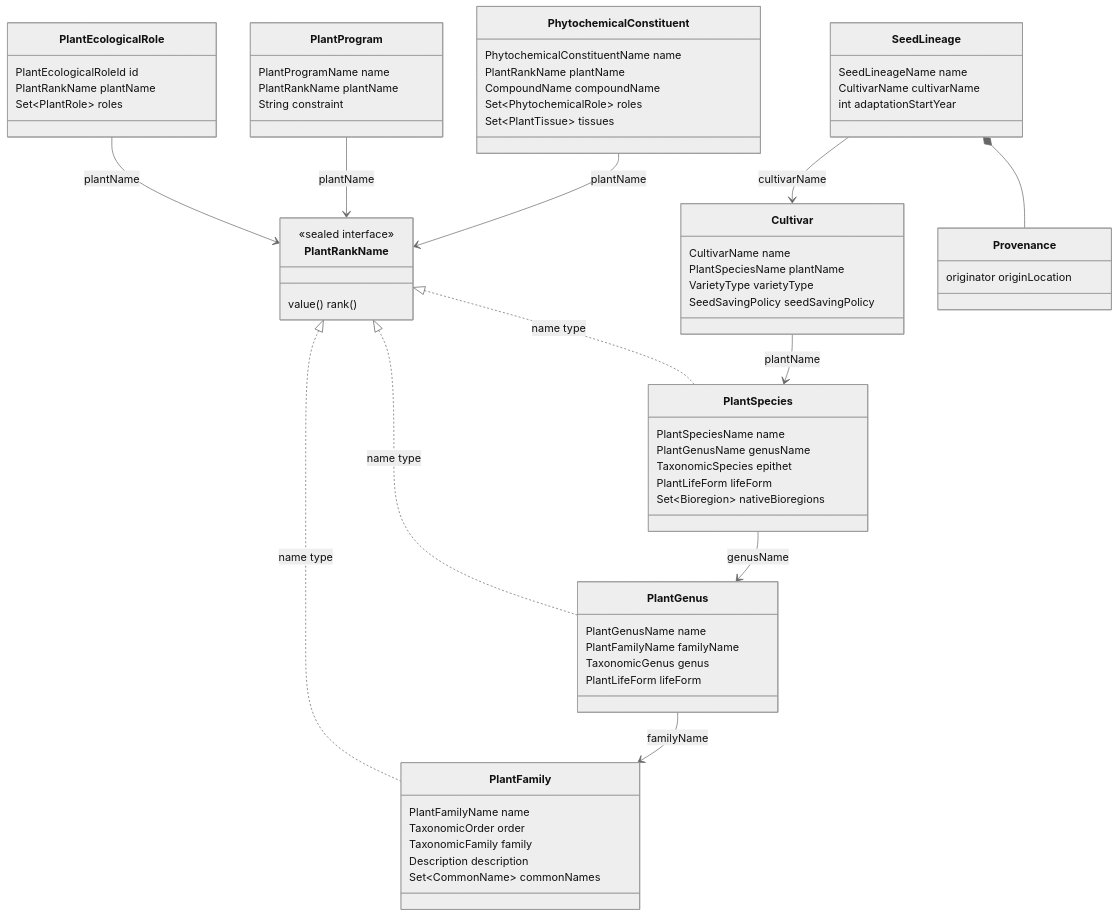
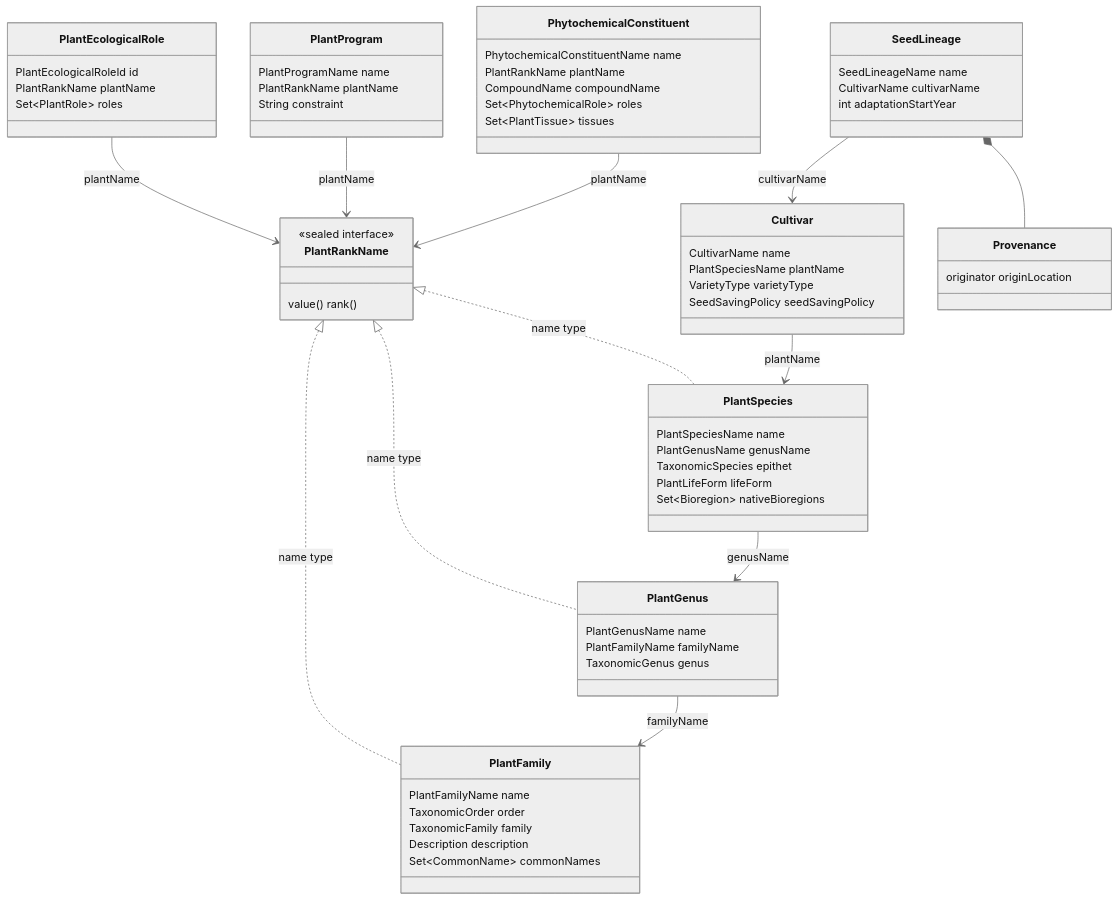
Before and after one commit to pway99/naturalist: the third of 4 diagrams in domains/plants/docs/plants-ubl.md, drawn with Mermaid (neutral theme). The commit also changed other lines of this file and 49 other files, not shown here.

````diff
--- a/domains/plants/docs/plants-ubl.md
+++ b/domains/plants/docs/plants-ubl.md
@@ -121,68 +121,67 @@
 ```mermaid
 classDiagram
     class PlantRankName {
         <<sealed interface>>
         value() rank()
     }
     class PlantFamily {
         PlantFamilyName name
         TaxonomicOrder order
         TaxonomicFamily family
         Description description
         Set~CommonName~ commonNames
     }
     class PlantGenus {
         PlantGenusName name
         PlantFamilyName familyName
         TaxonomicGenus genus
-        PlantLifeForm lifeForm
     }
     class PlantSpecies {
         PlantSpeciesName name
         PlantGenusName genusName
         TaxonomicSpecies epithet
         PlantLifeForm lifeForm
         Set~Bioregion~ nativeBioregions
     }
     class PlantEcologicalRole {
         PlantEcologicalRoleId id
         PlantRankName plantName
         Set~PlantRole~ roles
     }
     class Cultivar {
         CultivarName name
         PlantSpeciesName plantName
         VarietyType varietyType
         SeedSavingPolicy seedSavingPolicy
     }
     class SeedLineage {
         SeedLineageName name
         CultivarName cultivarName
         int adaptationStartYear
     }
     class Provenance { originator originLocation }
     class PlantProgram {
         PlantProgramName name
         PlantRankName plantName
         String constraint
     }
     class PhytochemicalConstituent {
         PhytochemicalConstituentName name
         PlantRankName plantName
         CompoundName compoundName
         Set~PhytochemicalRole~ roles
         Set~PlantTissue~ tissues
     }
 
     PlantRankName <|.. PlantFamily : name type
     PlantRankName <|.. PlantGenus : name type
     PlantRankName <|.. PlantSpecies : name type
     PlantSpecies --> PlantGenus : genusName
     PlantGenus --> PlantFamily : familyName
     PlantEcologicalRole --> PlantRankName : plantName
     PlantProgram --> PlantRankName : plantName
     PhytochemicalConstituent --> PlantRankName : plantName
     Cultivar --> PlantSpecies : plantName
     SeedLineage --> Cultivar : cultivarName
     SeedLineage *-- Provenance
 ```
````
